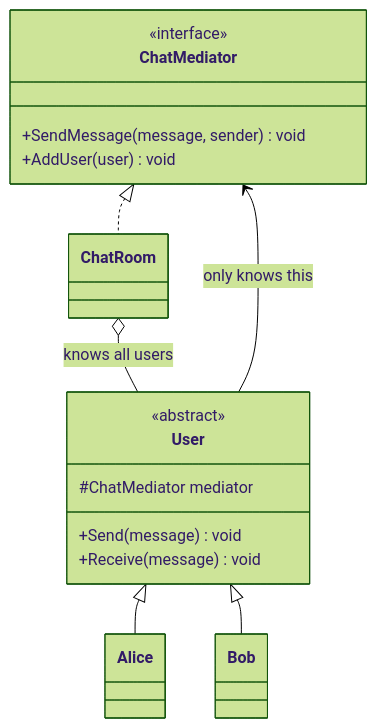
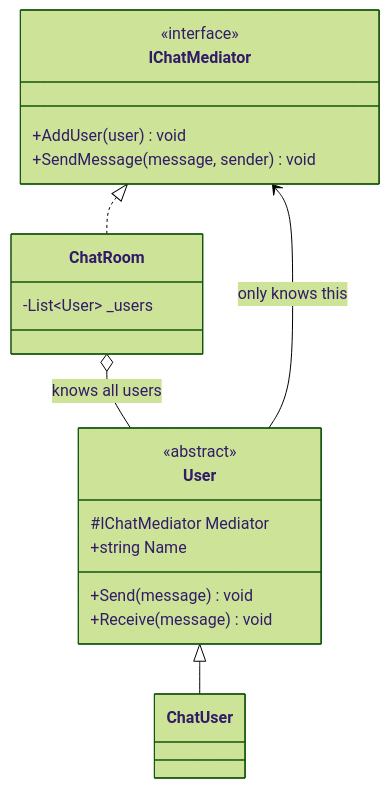
The diagram in 00-Foundations/04-Design-Patterns/Behavioral/Mediator/notes.md (tushardongre1990/LLD-Claude), drawn with Mermaid (forest theme) before and after one commit. The commit also changed other lines of this file and 52 other files, not shown here.

First line of the commit message:
docs(03-SOLID, 04-Patterns): make notes self-contained; fix diagram/code drift

````diff
--- a/00-Foundations/04-Design-Patterns/Behavioral/Mediator/notes.md
+++ b/00-Foundations/04-Design-Patterns/Behavioral/Mediator/notes.md
@@ -18,23 +18,24 @@
 ```mermaid
 classDiagram
-    class ChatMediator {
+    class IChatMediator {
         <<interface>>
+        +AddUser(user) void
         +SendMessage(message, sender) void
-        +AddUser(user) void
     }
-    class ChatRoom
-    ChatMediator <|.. ChatRoom
+    class ChatRoom {
+        -List~User~ _users
+    }
+    IChatMediator <|.. ChatRoom
 
     class User {
         <<abstract>>
-        #ChatMediator mediator
+        #IChatMediator Mediator
+        +string Name
         +Send(message) void
         +Receive(message) void
     }
-    class Alice
-    class Bob
-    User <|-- Alice
-    User <|-- Bob
-    User --> ChatMediator : only knows this
+    class ChatUser
+    User <|-- ChatUser
+    User --> IChatMediator : only knows this
     ChatRoom o-- User : knows all users
 ```
````
